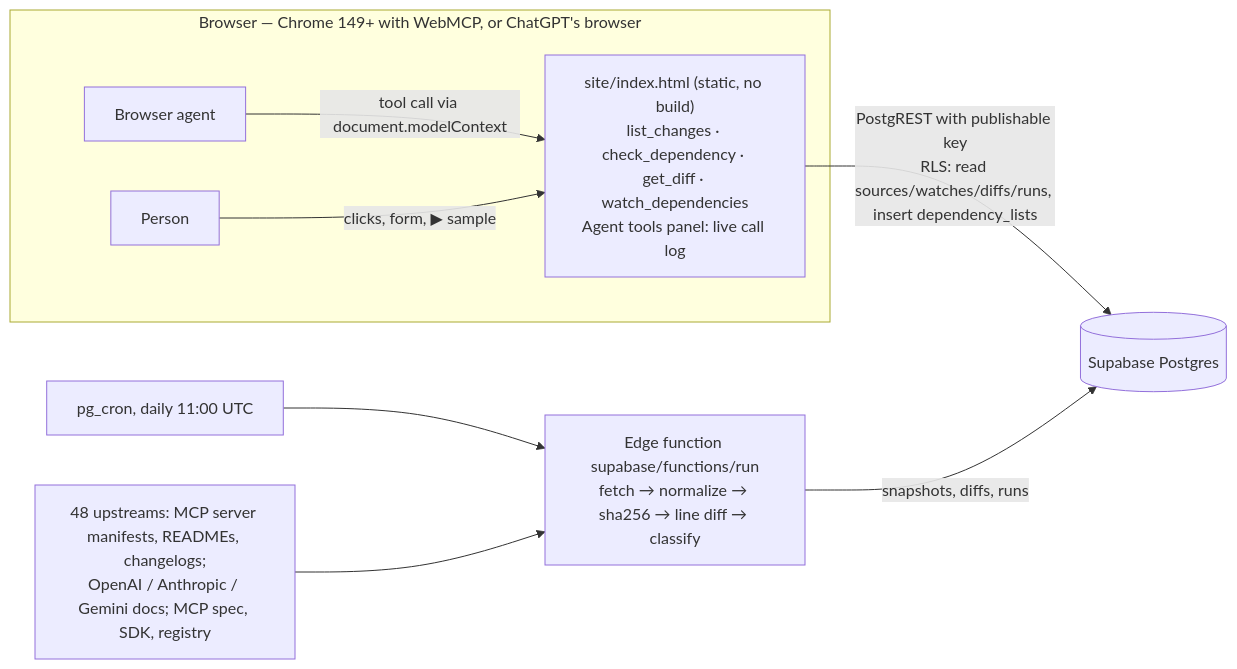
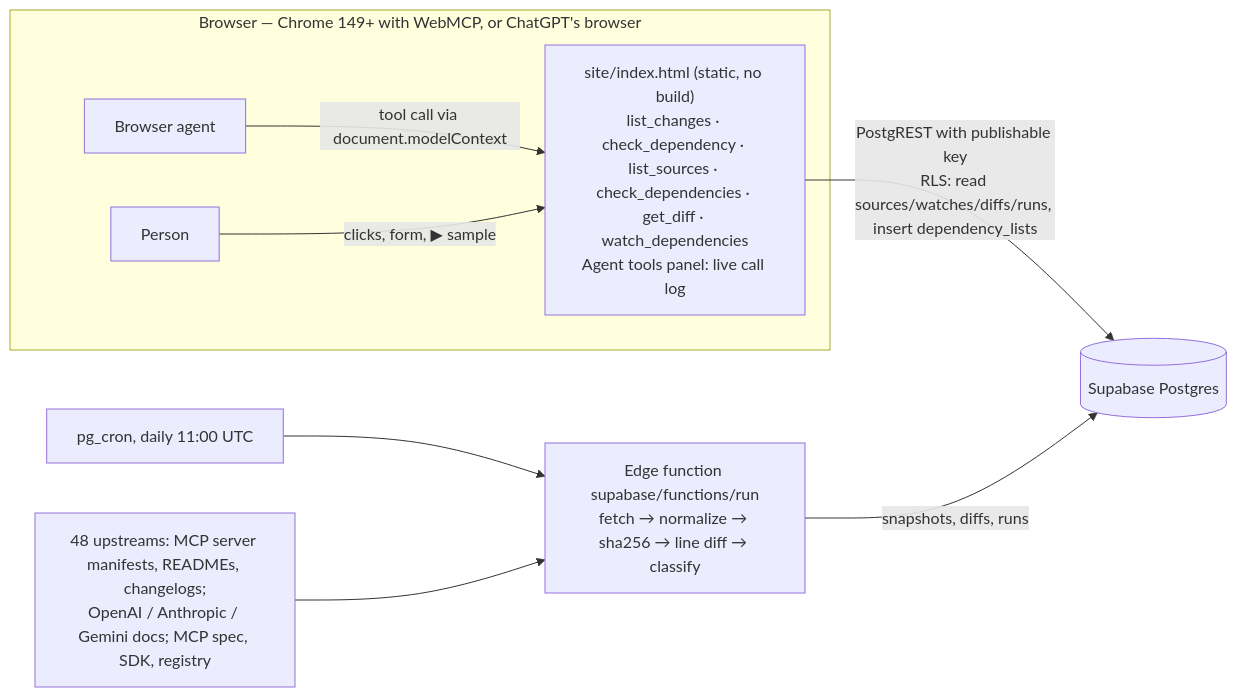
Before and after one commit to zaeem-rafiq/agentwire: the diagram in README.md, drawn with Mermaid. The commit also changed other lines of this file and 2 other files, not shown here.

````diff
--- a/README.md
+++ b/README.md
@@ -42,12 +45,12 @@
 ```mermaid
 flowchart LR
   subgraph B["Browser — Chrome 149+ with WebMCP, or ChatGPT's browser"]
     Agent["Browser agent"] -->|"tool call via document.modelContext"| Page
     Person["Person"] -->|"clicks, form, ▶ sample"| Page
-    Page["site/index.html (static, no build)<br/>list_changes · check_dependency · get_diff · watch_dependencies<br/>Agent tools panel: live call log"]
+    Page["site/index.html (static, no build)<br/>list_changes · check_dependency · list_sources · check_dependencies · get_diff · watch_dependencies<br/>Agent tools panel: live call log"]
   end
   Page -->|"PostgREST with publishable key<br/>RLS: read sources/watches/diffs/runs, insert dependency_lists"| DB[("Supabase Postgres")]
   Cron["pg_cron, daily 11:00 UTC"] --> Engine["Edge function supabase/functions/run<br/>fetch → normalize → sha256 → line diff → classify"]
   Up["48 upstreams: MCP server manifests, READMEs, changelogs;<br/>OpenAI / Anthropic / Gemini docs; MCP spec, SDK, registry"] --> Engine
   Engine -->|"snapshots, diffs, runs"| DB
 ```
````
